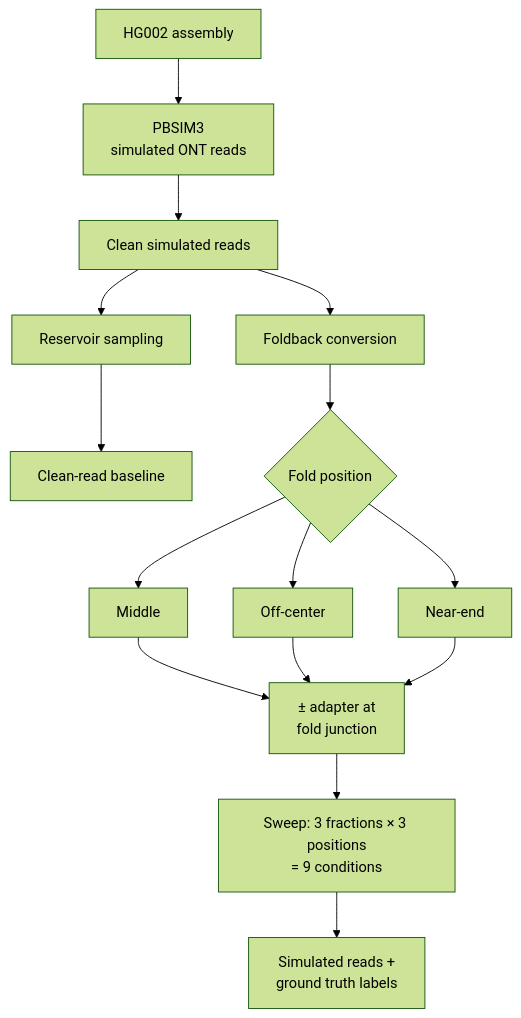
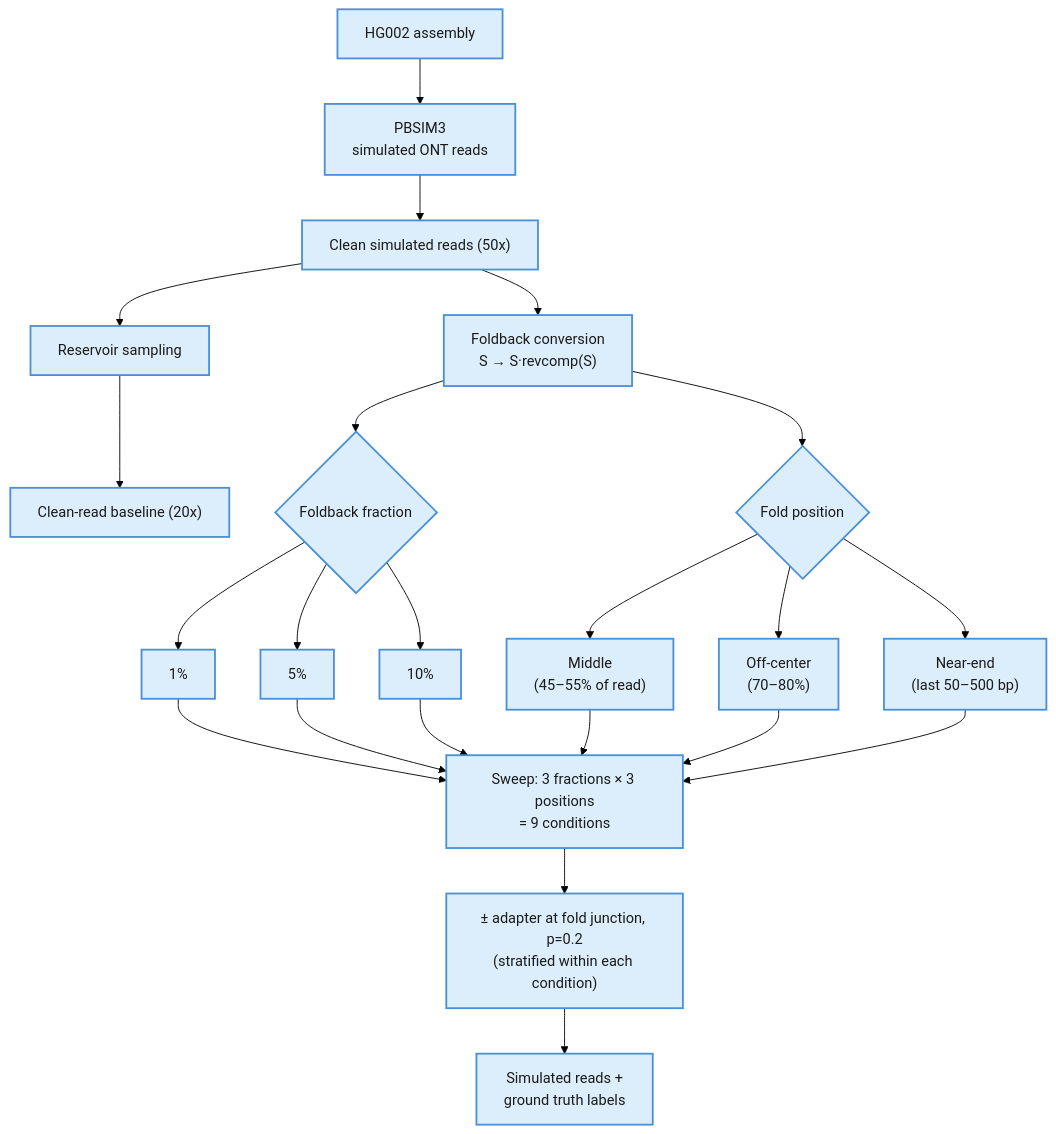
The second of 4 diagrams in charts.md (collaborativebioinformatics/Foldback_hunters), drawn with Mermaid (forest theme) before and after one commit. The commit also changed other lines of this file, not shown here.

Commit message:
color mapping

````diff
--- a/charts.md
+++ b/charts.md
@@ -24,20 +29,31 @@
 ```mermaid
 flowchart TD
     G[HG002 assembly] --> P[PBSIM3<br/>simulated ONT reads]
-    P --> CL[Clean simulated reads]
+    P --> CL["Clean simulated reads (50x)"]
 
-    CL --> RS[Reservoir sampling] --> CB[Clean-read baseline]
-    CL --> FC[Foldback conversion]
+    CL --> RS[Reservoir sampling] --> CB["Clean-read baseline (20x)"]
+    CL --> FC["Foldback conversion<br/>S → S·revcomp(S)"]
+
+    FC --> FRC{Foldback fraction}
+    FRC --> F1["1%"]
+    FRC --> F5["5%"]
+    FRC --> F10["10%"]
 
     FC --> FPC{Fold position}
-    FPC --> MID[Middle]
-    FPC --> OFF[Off-center]
-    FPC --> NEAR[Near-end]
+    FPC --> MID["Middle<br/>(45–55% of read)"]
+    FPC --> OFF["Off-center<br/>(70–80%)"]
+    FPC --> NEAR["Near-end<br/>(last 50–500 bp)"]
 
-    MID --> ADAPT[± adapter at<br/>fold junction]
-    OFF --> ADAPT
-    NEAR --> ADAPT
+    F1 --> SWEEP["Sweep: 3 fractions × 3 positions<br/>= 9 conditions"]
+    F5 --> SWEEP
+    F10 --> SWEEP
+    MID --> SWEEP
+    OFF --> SWEEP
+    NEAR --> SWEEP
 
-    ADAPT --> SWEEP["Sweep: 3 fractions × 3 positions<br/>= 9 conditions"]
-    SWEEP --> OUT[Simulated reads +<br/>ground truth labels]
+    SWEEP --> ADAPT["± adapter at fold junction, p=0.2<br/>(stratified within each condition)"]
+    ADAPT --> OUT[Simulated reads +<br/>ground truth labels]
+
+    classDef detailA fill:#DCEEFB,stroke:#4A90D9,stroke-width:2px,color:#1a1a1a;
+    class G,P,CL,RS,CB,FC,FRC,F1,F5,F10,FPC,MID,OFF,NEAR,SWEEP,ADAPT,OUT detailA;
 ```
````
